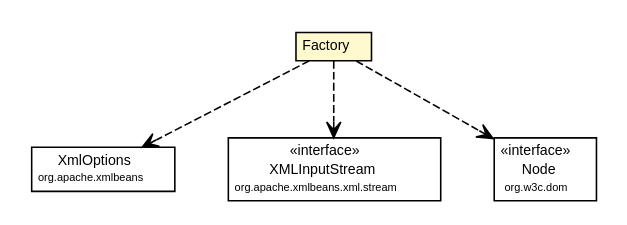
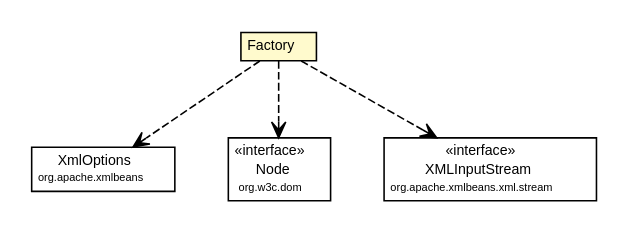
One commit to synchronoss/cpo-util changed the diagram in site/apidocs/org/synchronoss/cpo/util/cpoUtilConfig/CtRecentFiles.Factory.dot. Above: the diagram before and after it, drawn with Graphviz. The commit also changed 349 other files, not shown here.

Commit message:
Creating site for cpoUtil, 5.2.1-SNAPSHOT

```diff
--- a/site/apidocs/org/synchronoss/cpo/util/cpoUtilConfig/CtRecentFiles.Factory.dot
+++ b/site/apidocs/org/synchronoss/cpo/util/cpoUtilConfig/CtRecentFiles.Factory.dot
@@ -1,45 +1,47 @@
 #!/usr/local/bin/dot
 #
 # Class diagram 
-# Generated by UmlGraph version 4.6 (http://www.spinellis.gr/sw/umlgraph)
+# Generated by UMLGraph version 5.1 (http://www.umlgraph.org/)
 #
 
 digraph G {
 	edge [fontname="Helvetica",fontsize=10,labelfontname="Helvetica",labelfontsize=10];
 	node [fontname="Helvetica",fontsize=10,shape=plaintext];
+	nodesep=0.25;
+	ranksep=0.5;
 	// org.synchronoss.cpo.util.cpoUtilConfig.CtRecentFiles.Factory
-	c4695 [label=<<table border="0" cellborder="1" cellspacing="0" cellpadding="2" port="p" bgcolor="lemonChiffon" href="./CtRecentFiles.Factory.html">
+	c4695 [label=<<table title="org.synchronoss.cpo.util.cpoUtilConfig.CtRecentFiles.Factory" border="0" cellborder="1" cellspacing="0" cellpadding="2" port="p" bgcolor="lemonChiffon" href="./CtRecentFiles.Factory.html">
 		<tr><td><table border="0" cellspacing="0" cellpadding="1">
-			<tr><td> Factory </td></tr>
+<tr><td align="center" balign="center"> Factory </td></tr>
 		</table></td></tr>
 		</table>>, fontname="Helvetica", fontcolor="black", fontsize=9.0];
 	// org.synchronoss.cpo.util.cpoUtilConfig.CtRecentFiles.Factory DEPEND org.apache.xmlbeans.XmlOptions
 	c4695:p -> c4714:p [taillabel="", label="", headlabel="", fontname="Helvetica", fontcolor="black", fontsize=10.0, color="black", arrowhead=open, style=dashed];
+	// org.synchronoss.cpo.util.cpoUtilConfig.CtRecentFiles.Factory DEPEND org.w3c.dom.Node
+	c4695:p -> c4715:p [taillabel="", label="", headlabel="", fontname="Helvetica", fontcolor="black", fontsize=10.0, color="black", arrowhead=open, style=dashed];
 	// org.synchronoss.cpo.util.cpoUtilConfig.CtRecentFiles.Factory DEPEND org.apache.xmlbeans.xml.stream.XMLInputStream
-	c4695:p -> c4715:p [taillabel="", label="", headlabel="", fontname="Helvetica", fontcolor="black", fontsize=10.0, color="black", arrowhead=open, style=dashed];
-	// org.synchronoss.cpo.util.cpoUtilConfig.CtRecentFiles.Factory DEPEND org.w3c.dom.Node
 	c4695:p -> c4716:p [taillabel="", label="", headlabel="", fontname="Helvetica", fontcolor="black", fontsize=10.0, color="black", arrowhead=open, style=dashed];
 	// org.apache.xmlbeans.xml.stream.XMLInputStream
-	c4715 [label=<<table border="0" cellborder="1" cellspacing="0" cellpadding="2" port="p" href="http://java.sun.com/j2se/1.4.2/docs/api/org/apache/xmlbeans/xml/stream/XMLInputStream.html">
+	c4716 [label=<<table title="org.apache.xmlbeans.xml.stream.XMLInputStream" border="0" cellborder="1" cellspacing="0" cellpadding="2" port="p" href="http://java.sun.com/j2se/1.4.2/docs/api/org/apache/xmlbeans/xml/stream/XMLInputStream.html">
 		<tr><td><table border="0" cellspacing="0" cellpadding="1">
-			<tr><td> &laquo;interface&raquo; </td></tr>
-			<tr><td> XMLInputStream </td></tr>
-			<tr><td><font point-size="7.0"> org.apache.xmlbeans.xml.stream </font></td></tr>
+<tr><td align="center" balign="center"> &#171;interface&#187; </td></tr>
+<tr><td align="center" balign="center"> XMLInputStream </td></tr>
+<tr><td align="center" balign="center"><font point-size="7.0"> org.apache.xmlbeans.xml.stream </font></td></tr>
 		</table></td></tr>
 		</table>>, fontname="Helvetica", fontcolor="black", fontsize=9.0];
 	// org.w3c.dom.Node
-	c4716 [label=<<table border="0" cellborder="1" cellspacing="0" cellpadding="2" port="p" href="http://java.sun.com/j2se/1.4.2/docs/api/org/w3c/dom/Node.html">
+	c4715 [label=<<table title="org.w3c.dom.Node" border="0" cellborder="1" cellspacing="0" cellpadding="2" port="p" href="http://java.sun.com/j2se/1.4.2/docs/api/org/w3c/dom/Node.html">
 		<tr><td><table border="0" cellspacing="0" cellpadding="1">
-			<tr><td> &laquo;interface&raquo; </td></tr>
-			<tr><td> Node </td></tr>
-			<tr><td><font point-size="7.0"> org.w3c.dom </font></td></tr>
+<tr><td align="center" balign="center"> &#171;interface&#187; </td></tr>
+<tr><td align="center" balign="center"> Node </td></tr>
+<tr><td align="center" balign="center"><font point-size="7.0"> org.w3c.dom </font></td></tr>
 		</table></td></tr>
 		</table>>, fontname="Helvetica", fontcolor="black", fontsize=9.0];
 	// org.apache.xmlbeans.XmlOptions
-	c4714 [label=<<table border="0" cellborder="1" cellspacing="0" cellpadding="2" port="p" href="http://java.sun.com/j2se/1.4.2/docs/api/org/apache/xmlbeans/XmlOptions.html">
+	c4714 [label=<<table title="org.apache.xmlbeans.XmlOptions" border="0" cellborder="1" cellspacing="0" cellpadding="2" port="p" href="http://java.sun.com/j2se/1.4.2/docs/api/org/apache/xmlbeans/XmlOptions.html">
 		<tr><td><table border="0" cellspacing="0" cellpadding="1">
-			<tr><td> XmlOptions </td></tr>
-			<tr><td><font point-size="7.0"> org.apache.xmlbeans </font></td></tr>
+<tr><td align="center" balign="center"> XmlOptions </td></tr>
+<tr><td align="center" balign="center"><font point-size="7.0"> org.apache.xmlbeans </font></td></tr>
 		</table></td></tr>
 		</table>>, fontname="Helvetica", fontcolor="black", fontsize=9.0];
 }
```
